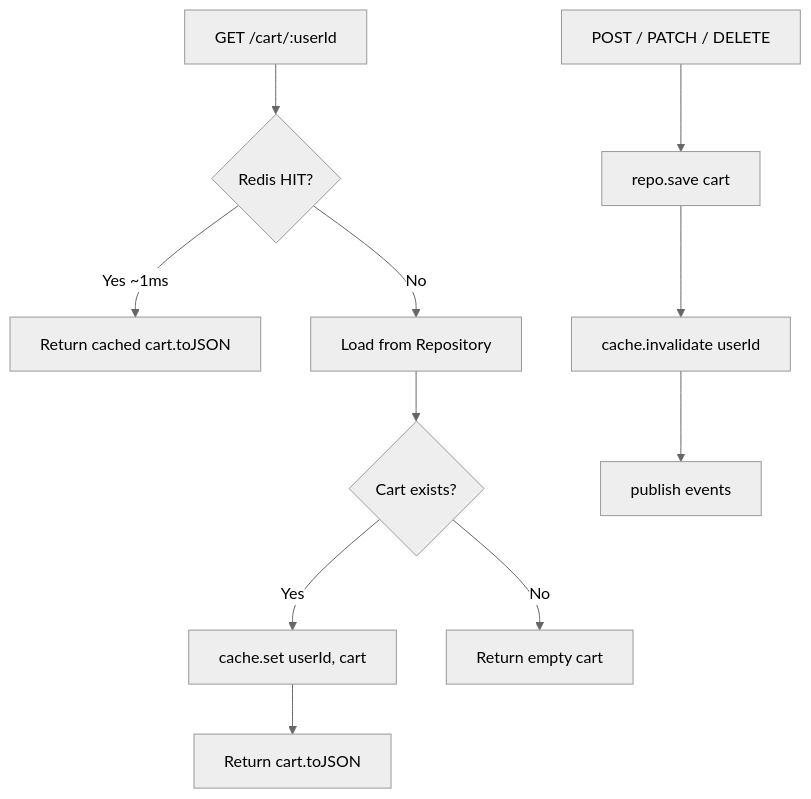
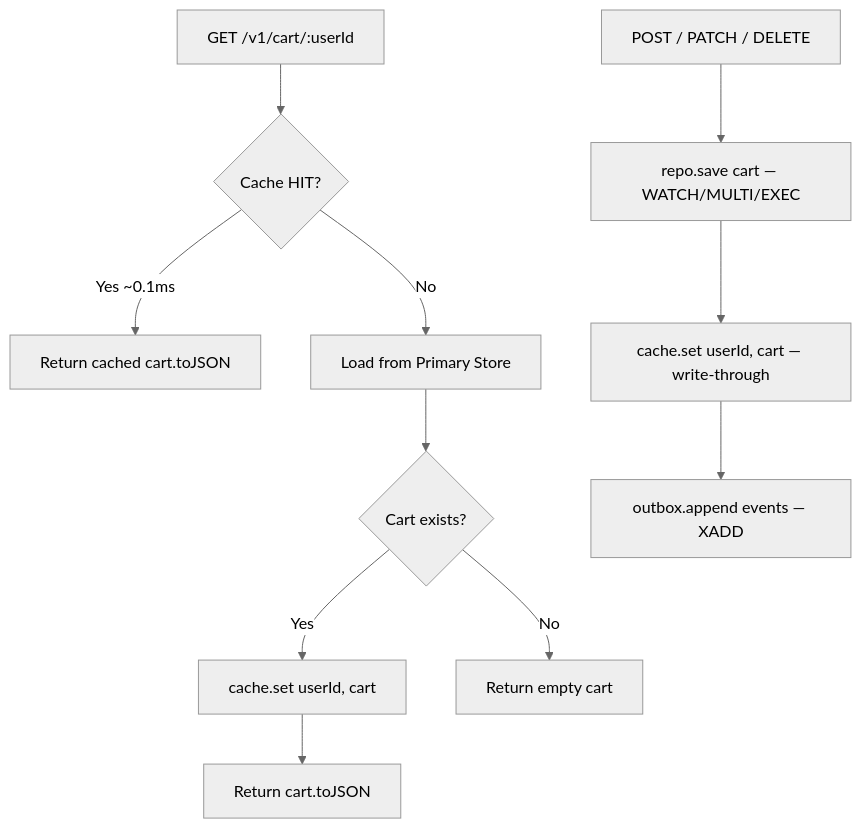
The second of 4 diagrams in apps/cart-service/docs/cart-service-data-architecture.md (thachda0106/scalable-ecommerce-microservices), drawn with Mermaid (neutral theme) before and after one commit. The commit also changed other lines of this file and 3 other files, not shown here.

First line of the commit message:
docs(cart-service): update README and architecture docs for production-ready state

````diff
--- a/apps/cart-service/docs/cart-service-data-architecture.md
+++ b/apps/cart-service/docs/cart-service-data-architecture.md
@@ -163,14 +91,14 @@
 ```mermaid
 flowchart TD
-    A[GET /cart/:userId] --> B{Redis HIT?}
-    B -->|Yes ~1ms| C[Return cached cart.toJSON]
-    B -->|No| D[Load from Repository]
+    A[GET /v1/cart/:userId] --> B{Cache HIT?}
+    B -->|Yes ~0.1ms| C[Return cached cart.toJSON]
+    B -->|No| D[Load from Primary Store]
     D --> E{Cart exists?}
     E -->|Yes| F[cache.set userId, cart]
     F --> G[Return cart.toJSON]
     E -->|No| H[Return empty cart]
 
-    I[POST / PATCH / DELETE] --> J[repo.save cart]
-    J --> K[cache.invalidate userId]
-    K --> L[publish events]
+    I[POST / PATCH / DELETE] --> J[repo.save cart — WATCH/MULTI/EXEC]
+    J --> K[cache.set userId, cart — write-through]
+    K --> L[outbox.append events — XADD]
 ```
````
